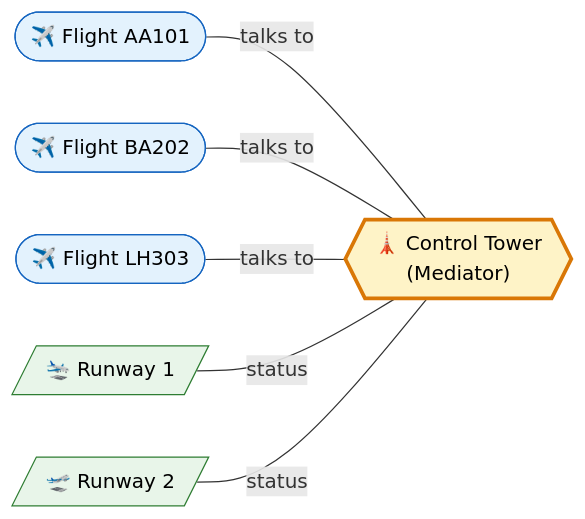
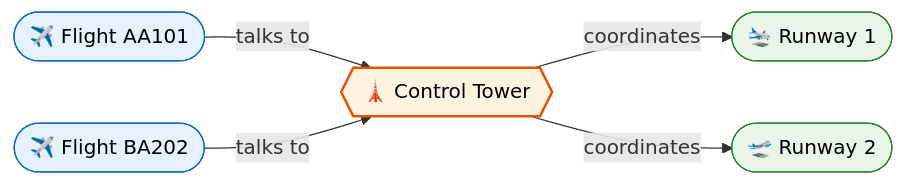
One commit to saivamsikaruturi/vamsilabs-dev-notes-main changed the first of 3 diagrams in docs/designpatterns/behaviouralDesignPatterns/MediatorDp.md. Above: the diagram before and after it, drawn with Mermaid. The commit also changed other lines of this file and 42 other files, not shown here.

````diff
--- a/docs/designpatterns/behaviouralDesignPatterns/MediatorDp.md
+++ b/docs/designpatterns/behaviouralDesignPatterns/MediatorDp.md
@@ -12,16 +12,13 @@
 ```mermaid
 flowchart LR
-    T{{"🗼 Control Tower<br/>(Mediator)"}}
-    P1(["✈️ Flight AA101"]) ---|talks to| T
-    P2(["✈️ Flight BA202"]) ---|talks to| T
-    P3(["✈️ Flight LH303"]) ---|talks to| T
-    P4[/"🛬 Runway 1"/] ---|status| T
-    P5[/"🛫 Runway 2"/] ---|status| T
-    
-    style T fill:#FEF3C7,stroke:#D97706,stroke-width:3px,color:#000
+    P1(["✈️ Flight AA101"]) -->|"talks to"| T{{"🗼 Control Tower"}}
+    P2(["✈️ Flight BA202"]) -->|"talks to"| T
+    T -->|"coordinates"| R1(["🛬 Runway 1"])
+    T -->|"coordinates"| R2(["🛫 Runway 2"])
+
+    style T fill:#FFF3E0,stroke:#E65100,stroke-width:2px,color:#000
     style P1 fill:#E3F2FD,stroke:#1565C0,color:#000
     style P2 fill:#E3F2FD,stroke:#1565C0,color:#000
-    style P3 fill:#E3F2FD,stroke:#1565C0,color:#000
-    style P4 fill:#E8F5E9,stroke:#2E7D32,color:#000
-    style P5 fill:#E8F5E9,stroke:#2E7D32,color:#000
+    style R1 fill:#E8F5E9,stroke:#2E7D32,color:#000
+    style R2 fill:#E8F5E9,stroke:#2E7D32,color:#000
 ```
````
